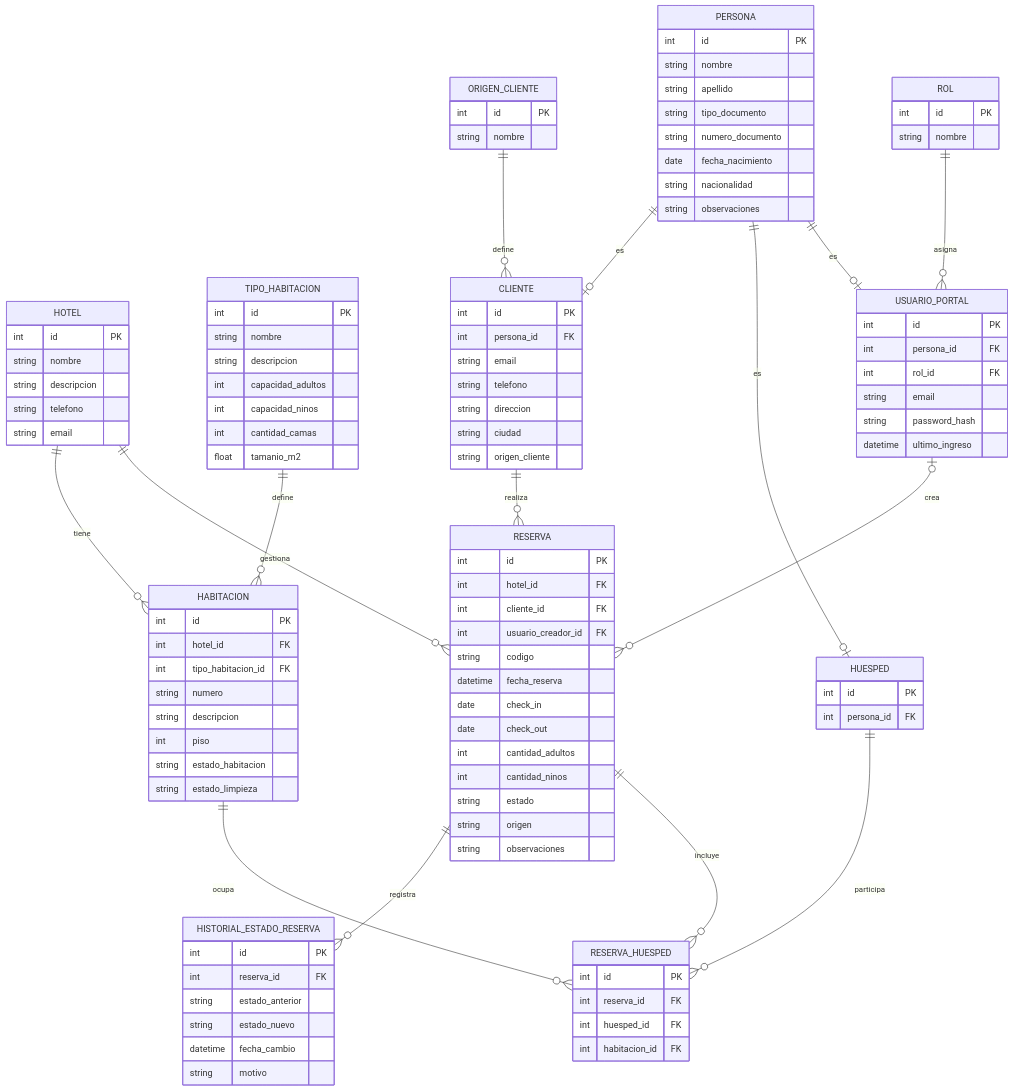
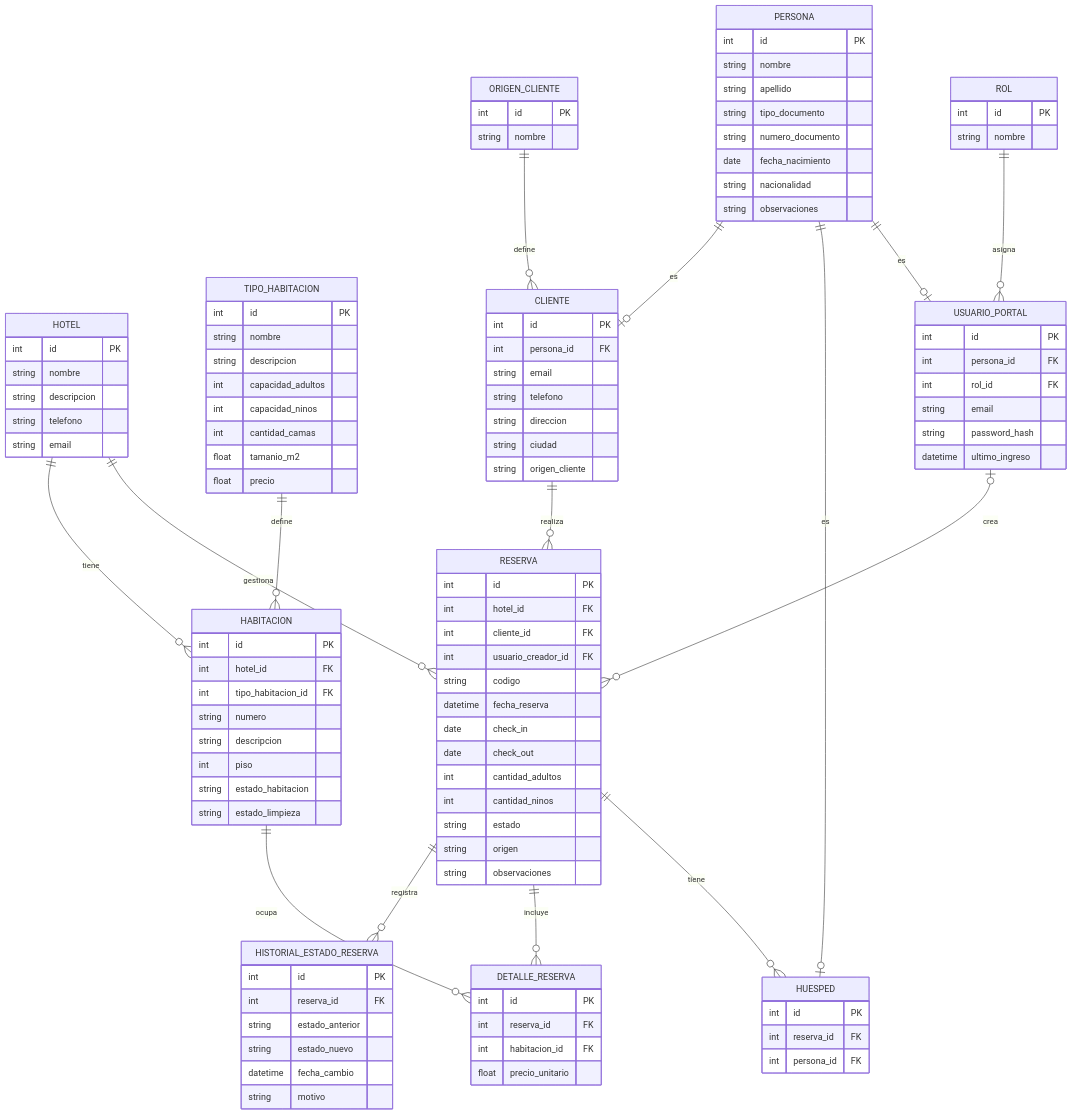
The diagram in DIAGRAMA.md (lautaromarin10/trabajo_final_integrador_UTN), drawn with Mermaid before and after one commit.

Commit message:
Corrección del DIAGRAMA.md

````diff
--- a/DIAGRAMA.md
+++ b/DIAGRAMA.md
@@ -8,9 +8,10 @@
     USUARIO_PORTAL o|--o{ RESERVA : crea
     RESERVA ||--o{ HISTORIAL_ESTADO_RESERVA : registra
 
-    RESERVA ||--o{ RESERVA_HUESPED : incluye
-    HUESPED ||--o{ RESERVA_HUESPED : participa
-    HABITACION ||--o{ RESERVA_HUESPED : ocupa
+    RESERVA ||--o{ DETALLE_RESERVA : incluye
+    HABITACION ||--o{ DETALLE_RESERVA : ocupa
+
+    RESERVA ||--o{ HUESPED : tiene
 
     PERSONA ||--o| CLIENTE : es
     PERSONA ||--o| HUESPED : es
@@ -35,6 +36,7 @@
         int capacidad_ninos
         int cantidad_camas
         float tamanio_m2
+        float precio
     }
 
     HABITACION {
@@ -113,15 +115,16 @@
         string motivo
     }
 
+    DETALLE_RESERVA {
+        int id PK
+        int reserva_id FK
+        int habitacion_id FK
+        float precio_unitario
+    }
+
     HUESPED {
         int id PK
+        int reserva_id FK
         int persona_id FK
     }
-
-    RESERVA_HUESPED {
-        int id PK
-        int reserva_id FK
-        int huesped_id FK
-        int habitacion_id FK
-    }
 ```
````
